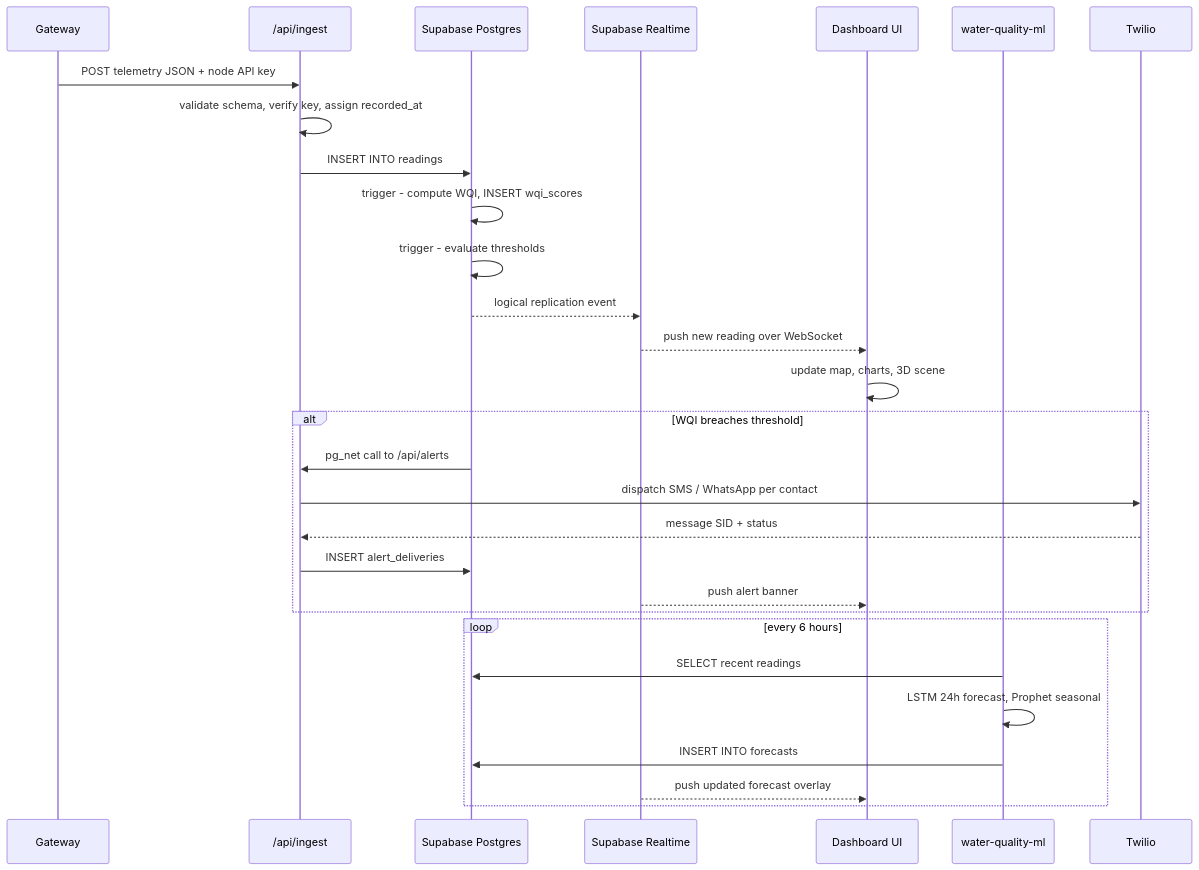
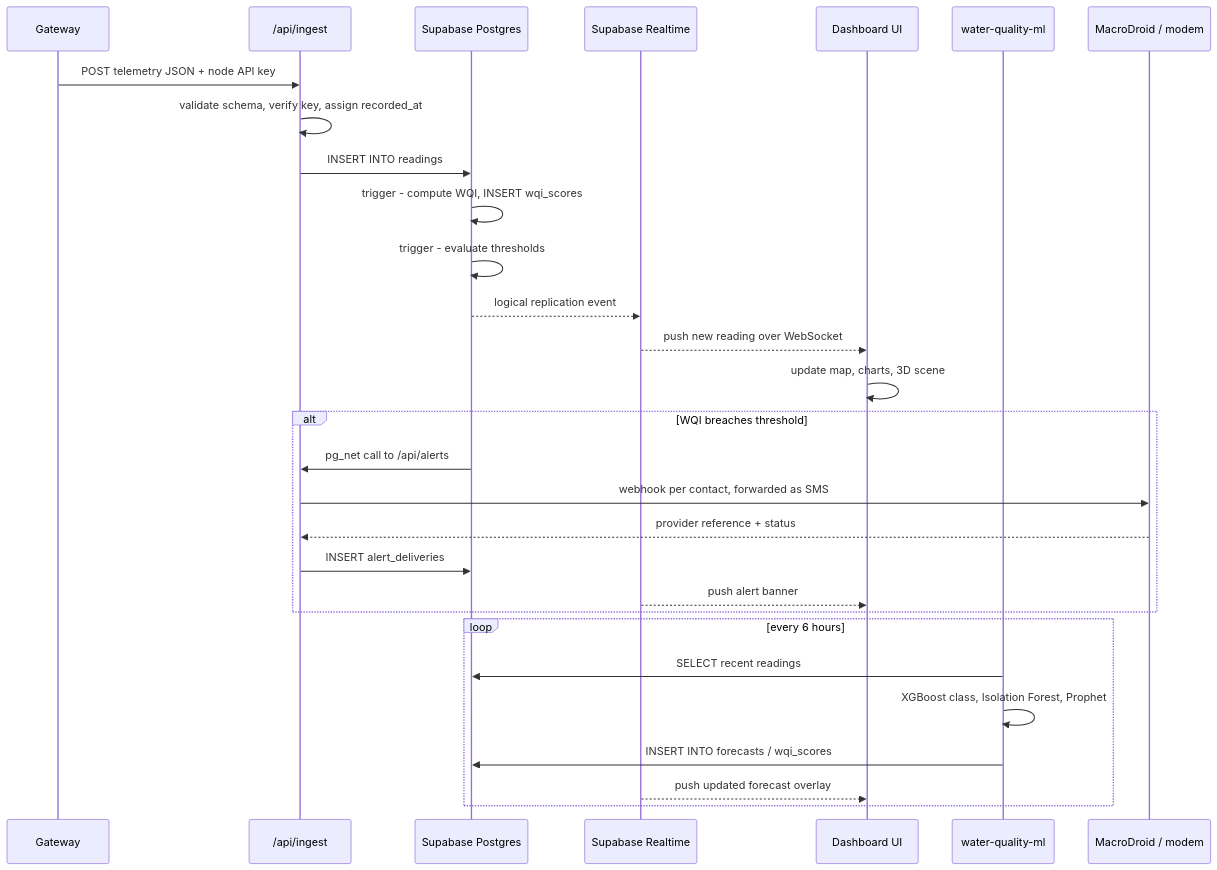
Before and after one commit to WQM-Project/wqm-web-dashboard: the third of 4 diagrams in README.md, drawn with Mermaid. The commit also changed other lines of this file and 106 other files, not shown here.

````diff
--- a/README.md
+++ b/README.md
@@ -279,34 +338,34 @@
 ```mermaid
 sequenceDiagram
     participant GW as Gateway
     participant API as /api/ingest
     participant DB as Supabase Postgres
     participant RT as Supabase Realtime
     participant UI as Dashboard UI
     participant ML as water-quality-ml
-    participant TW as Twilio
+    participant TW as MacroDroid / modem
 
     GW->>API: POST telemetry JSON + node API key
     API->>API: validate schema, verify key, assign recorded_at
     API->>DB: INSERT INTO readings
     DB->>DB: trigger - compute WQI, INSERT wqi_scores
     DB->>DB: trigger - evaluate thresholds
     DB-->>RT: logical replication event
     RT-->>UI: push new reading over WebSocket
     UI->>UI: update map, charts, 3D scene
 
     alt WQI breaches threshold
         DB->>API: pg_net call to /api/alerts
-        API->>TW: dispatch SMS / WhatsApp per contact
-        TW-->>API: message SID + status
+        API->>TW: webhook per contact, forwarded as SMS
+        TW-->>API: provider reference + status
         API->>DB: INSERT alert_deliveries
         RT-->>UI: push alert banner
     end
 
     loop every 6 hours
         ML->>DB: SELECT recent readings
-        ML->>ML: LSTM 24h forecast, Prophet seasonal
-        ML->>DB: INSERT INTO forecasts
+        ML->>ML: XGBoost class, Isolation Forest, Prophet
+        ML->>DB: INSERT INTO forecasts / wqi_scores
         RT-->>UI: push updated forecast overlay
     end
 ```
````
